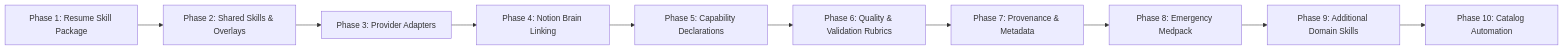
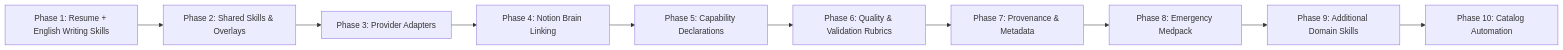
The diagram in docs/roadmap.md (bhargava562/anchor-skills), drawn with Mermaid before and after one commit. The commit also changed other lines of this file and 3 other files, not shown here.

Commit message:
docs: formalize two-skill architecture with english-writing and resume-generator

````diff
--- a/docs/roadmap.md
+++ b/docs/roadmap.md
@@ -9,12 +9,12 @@
 ```mermaid
 graph LR
-    P1[Phase 1: Resume Skill Package] --> P2[Phase 2: Shared Skills & Overlays]
+    P1[Phase 1: Resume + English Writing Skills] --> P2[Phase 2: Shared Skills & Overlays]
     P2 --> P3[Phase 3: Provider Adapters]
     P3 --> P4[Phase 4: Notion Brain Linking]
     P4 --> P5[Phase 5: Capability Declarations]
     P5 --> P6[Phase 6: Quality & Validation Rubrics]
     P6 --> P7[Phase 7: Provenance & Metadata]
     P7 --> P8[Phase 8: Emergency Medpack]
     P8 --> P9[Phase 9: Additional Domain Skills]
     P9 --> P10[Phase 10: Catalog Automation]
 ```
````
